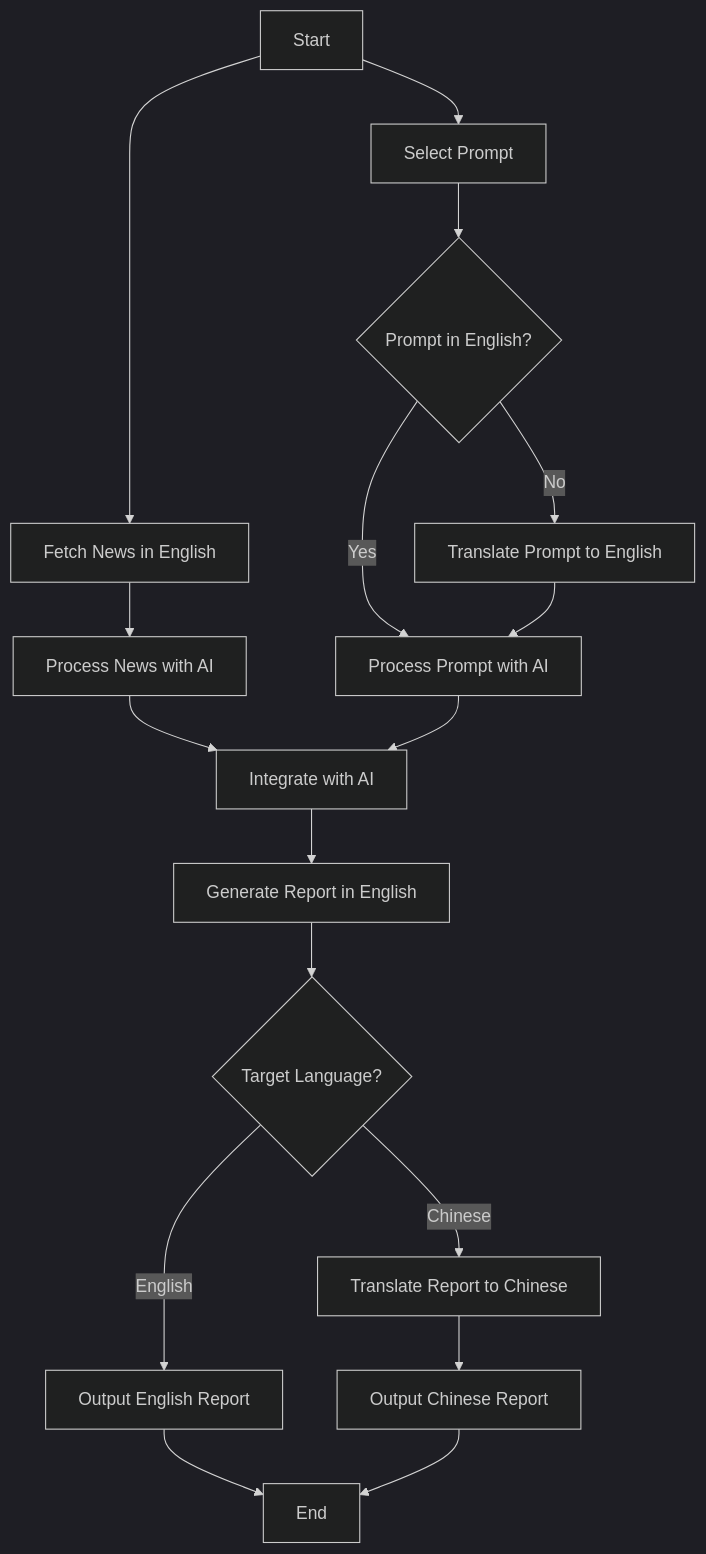
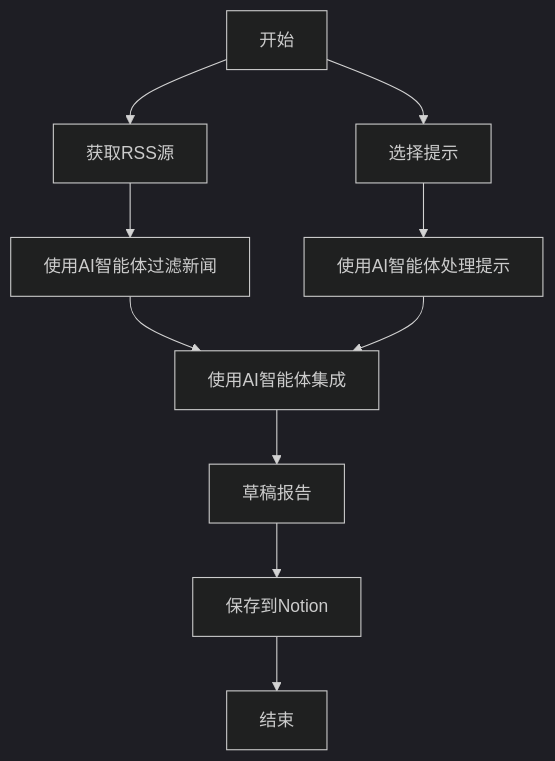
Before and after one commit to sztimhdd/AI_Daily: the third of 4 diagrams in README.md, drawn with Mermaid (dark theme). The commit also changed other lines of this file, not shown here.

````diff
--- a/README.md
+++ b/README.md
@@ -224,33 +308,13 @@
 ```mermaid
 graph TD
-    Start[Start]
-    FetchNews[Fetch News in English]
-    SelectPrompt[Select Prompt]
-    CheckLang{Prompt in English?}
-    TranslatePrompt[Translate Prompt to English]
-    ProcessNews[Process News with AI]
-    ProcessPrompt[Process Prompt with AI]
-    Integrate[Integrate with AI]
-    GenerateReport[Generate Report in English]
-    TargetLang{Target Language?}
-    TranslateReport[Translate Report to Chinese]
-    OutputEnglish[Output English Report]
-    OutputChinese[Output Chinese Report]
-    End[End]
-    Start --> FetchNews
-    Start --> SelectPrompt
-    SelectPrompt --> CheckLang
-    CheckLang -->|Yes| ProcessPrompt
-    CheckLang -->|No| TranslatePrompt
-    TranslatePrompt --> ProcessPrompt
-    FetchNews --> ProcessNews
-    ProcessNews --> Integrate
+    Start[开始]
+    Start --> FetchRSS[获取RSS源]
+    Start --> SelectPrompt[选择提示]
+    FetchRSS --> FilterNews[使用AI智能体过滤新闻]
+    SelectPrompt --> ProcessPrompt[使用AI智能体处理提示]
+    FilterNews --> Integrate[使用AI智能体集成]
     ProcessPrompt --> Integrate
-    Integrate --> GenerateReport
-    GenerateReport --> TargetLang
-    TargetLang -->|English| OutputEnglish
-    TargetLang -->|Chinese| TranslateReport
-    TranslateReport --> OutputChinese
-    OutputEnglish --> End
-    OutputChinese --> End
+    Integrate --> Draft[草稿报告]
+    Draft --> Save[保存到Notion]
+    Save --> End[结束]
 ```
````
